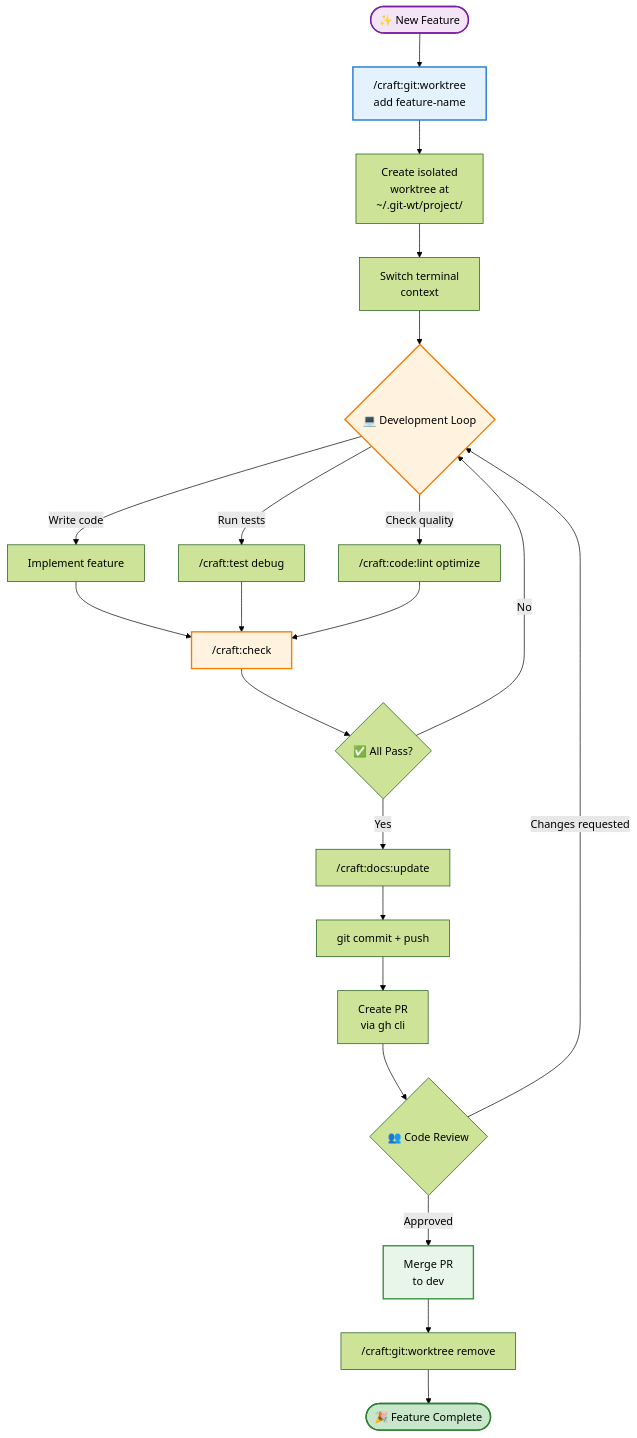
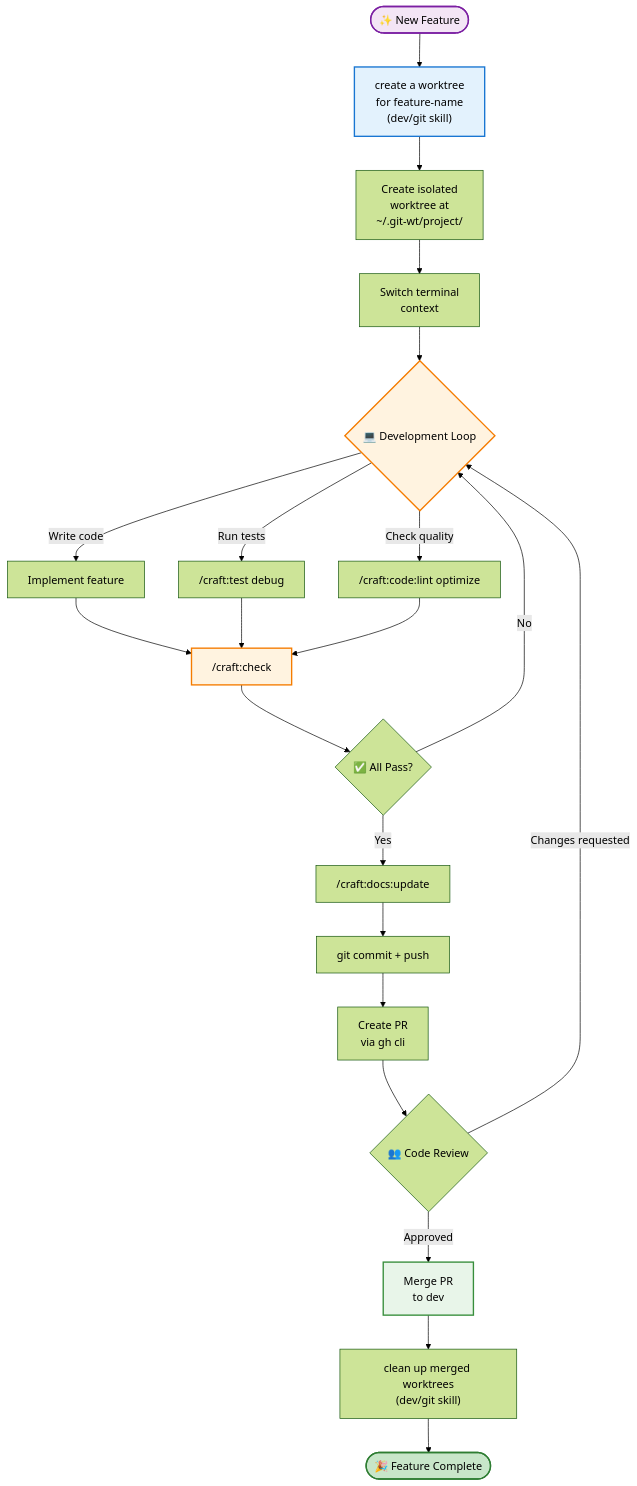
One commit to Data-Wise/craft changed the fourth of 6 diagrams in docs/workflows/index.md. Above: the diagram before and after it, drawn with Mermaid (forest theme). The commit also changed other lines of this file and 37 other files, not shown here.

First line of the commit message:
docs: fix stale /craft:git:* references across live docs and skills

````diff
--- a/docs/workflows/index.md
+++ b/docs/workflows/index.md
@@ -171,37 +173,37 @@
 ```mermaid
 flowchart TD
-    START(["✨ New Feature"]) --> WORKTREE["/craft:git:worktree<br/>add feature-name"]
+    START(["✨ New Feature"]) --> WORKTREE["create a worktree<br/>for feature-name<br/>(dev/git skill)"]
 
     WORKTREE --> CLONE["Create isolated<br/>worktree at<br/>~/.git-wt/project/"]
     CLONE --> SWITCH["Switch terminal<br/>context"]
 
     SWITCH --> LOOP{💻 Development Loop}
     LOOP -->|Write code| CODE["Implement feature"]
     LOOP -->|Run tests| TEST["/craft:test debug"]
     LOOP -->|Check quality| LINT["/craft:code:lint optimize"]
 
     CODE --> CHECK["/craft:check"]
     TEST --> CHECK
     LINT --> CHECK
 
     CHECK --> VALID{✅ All Pass?}
     VALID -->|No| LOOP
     VALID -->|Yes| DOCS["/craft:docs:update"]
 
     DOCS --> COMMIT["git commit + push"]
     COMMIT --> PR["Create PR<br/>via gh cli"]
     PR --> REVIEW{👥 Code Review}
 
     REVIEW -->|Changes requested| LOOP
     REVIEW -->|Approved| MERGE["Merge PR<br/>to dev"]
 
-    MERGE --> CLEANUP["/craft:git:worktree remove"]
+    MERGE --> CLEANUP["clean up merged worktrees<br/>(dev/git skill)"]
     CLEANUP --> DONE(["🎉 Feature Complete"])
 
     style START fill:#f3e5f5,stroke:#7b1fa2,stroke-width:2px
     style WORKTREE fill:#e3f2fd,stroke:#1976d2,stroke-width:2px
     style LOOP fill:#fff3e0,stroke:#f57c00,stroke-width:2px
     style CHECK fill:#fff3e0,stroke:#f57c00,stroke-width:2px
     style MERGE fill:#e8f5e9,stroke:#388e3c,stroke-width:2px
     style DONE fill:#c8e6c9,stroke:#2e7d32,stroke-width:2px
 ```
````
